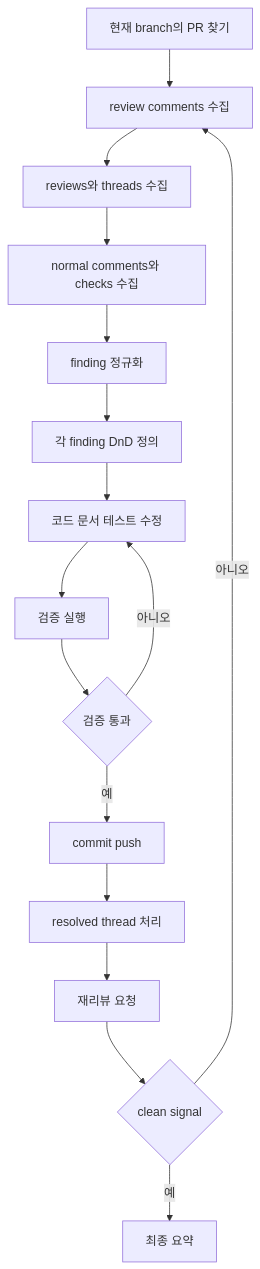
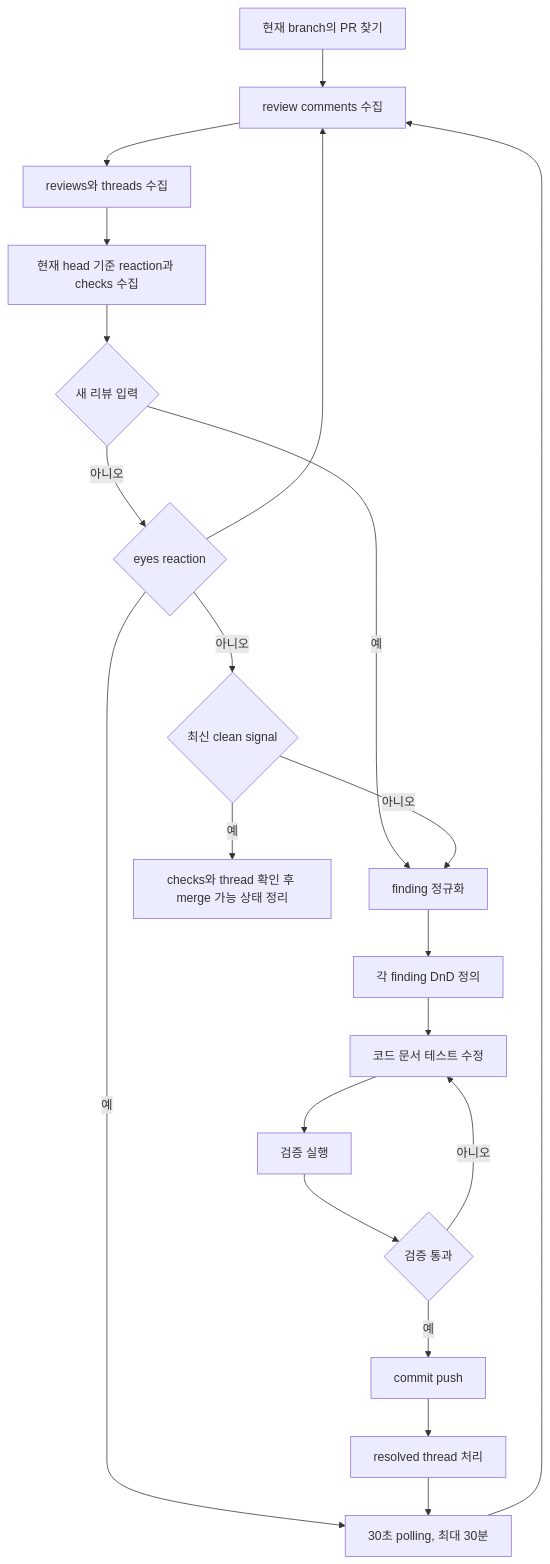
One commit to limcpf/octosmith changed the eighth of 11 diagrams in README.md. Above: the diagram before and after it, drawn with Mermaid. The commit also changed other lines of this file and 6 other files, not shown here.

````diff
--- a/README.md
+++ b/README.md
@@ -216,18 +221,23 @@
 ```mermaid
 flowchart TD
   A[현재 branch의 PR 찾기] --> B[review comments 수집]
   B --> C[reviews와 threads 수집]
-  C --> D[normal comments와 checks 수집]
-  D --> E[finding 정규화]
-  E --> F[각 finding DnD 정의]
-  F --> G[코드 문서 테스트 수정]
-  G --> H[검증 실행]
-  H --> I{검증 통과}
-  I -->|아니오| G
-  I -->|예| J[commit push]
-  J --> K[resolved thread 처리]
-  K --> L[재리뷰 요청]
-  L --> M{clean signal}
-  M -->|아니오| B
-  M -->|예| N[최종 요약]
+  C --> D[현재 head 기준 reaction과 checks 수집]
+  D --> E{새 리뷰 입력}
+  E -->|예| I[finding 정규화]
+  E -->|아니오| F{eyes reaction}
+  F --> B
+  F -->|예| P[30초 polling, 최대 30분]
+  F -->|아니오| G{최신 clean signal}
+  G -->|예| H[checks와 thread 확인 후 merge 가능 상태 정리]
+  G -->|아니오| I[finding 정규화]
+  I --> J[각 finding DnD 정의]
+  J --> K[코드 문서 테스트 수정]
+  K --> L[검증 실행]
+  L --> M{검증 통과}
+  M -->|아니오| K
+  M -->|예| N[commit push]
+  N --> O[resolved thread 처리]
+  O --> P
+  P --> B
 ```
````
